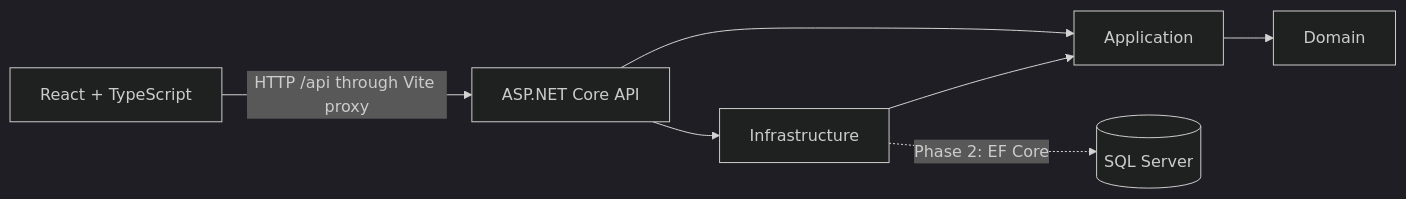
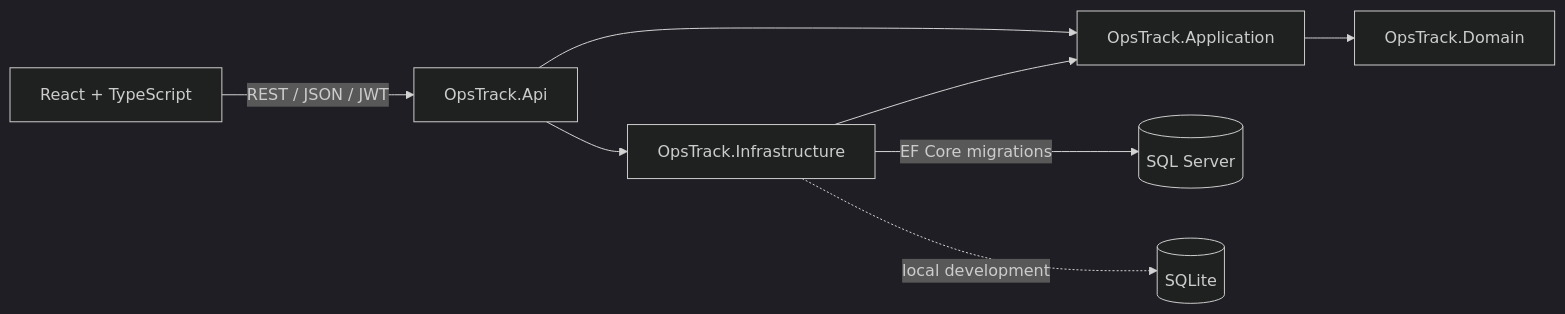
The diagram in README.md (Im0-R/OpsTrack), drawn with Mermaid (dark theme) before and after one commit. The commit also changed other lines of this file and 55 other files, not shown here.

````diff
--- a/README.md
+++ b/README.md
@@ -29,9 +23,10 @@
 ```mermaid
 flowchart LR
-  Browser[React + TypeScript] -->|HTTP /api through Vite proxy| API[ASP.NET Core API]
-  API --> Application
-  API --> Infrastructure
+  Browser[React + TypeScript] -->|REST / JSON / JWT| API[OpsTrack.Api]
+  API --> Application[OpsTrack.Application]
+  API --> Infrastructure[OpsTrack.Infrastructure]
   Infrastructure --> Application
-  Application --> Domain
-  Infrastructure -. Phase 2: EF Core .-> SQL[(SQL Server)]
+  Application --> Domain[OpsTrack.Domain]
+  Infrastructure -->|EF Core migrations| SQL[(SQL Server)]
+  Infrastructure -. local development .-> SQLite[(SQLite)]
 ```
````
